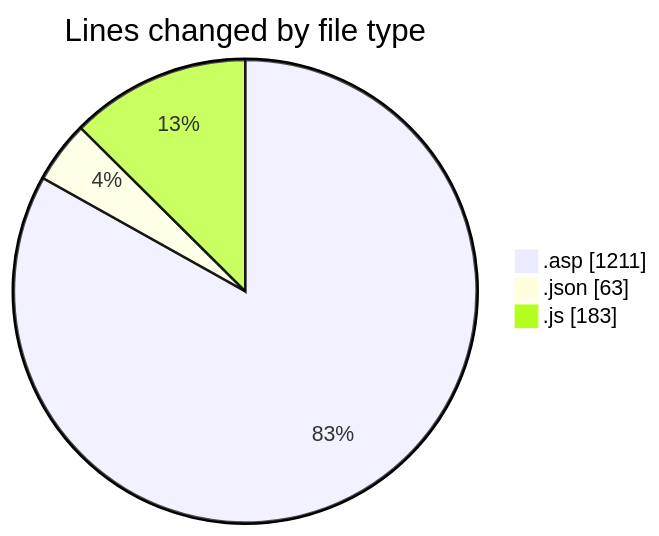
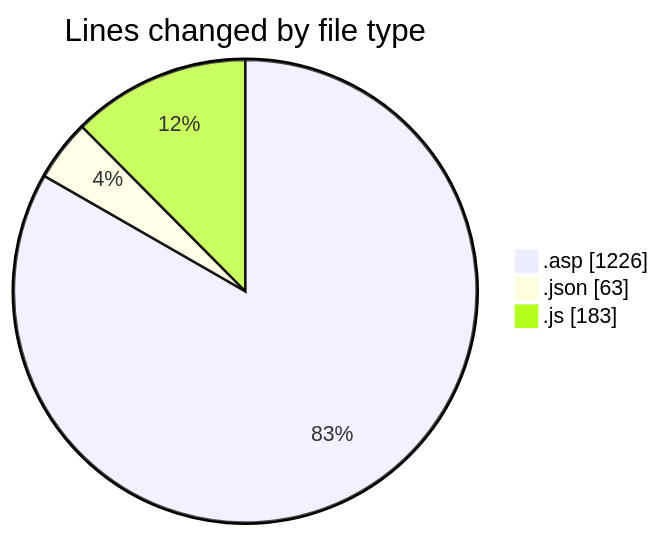
Before and after one commit to julien-gomy/code-tracking: the first of 2 diagrams in 2025-10-20/usr_aleoudev_fr__workspace_/README.md, drawn with Mermaid. The commit also changed other lines of this file and 1 other file, not shown here.

````diff
--- a/2025-10-20/usr_aleoudev_fr__workspace_/README.md
+++ b/2025-10-20/usr_aleoudev_fr__workspace_/README.md
@@ -24,7 +24,7 @@
 ```mermaid
 pie showData
 title Lines changed by file type
-".asp" : 1211
+".asp" : 1226
 ".json" : 63
 ".js" : 183
 ```
````
